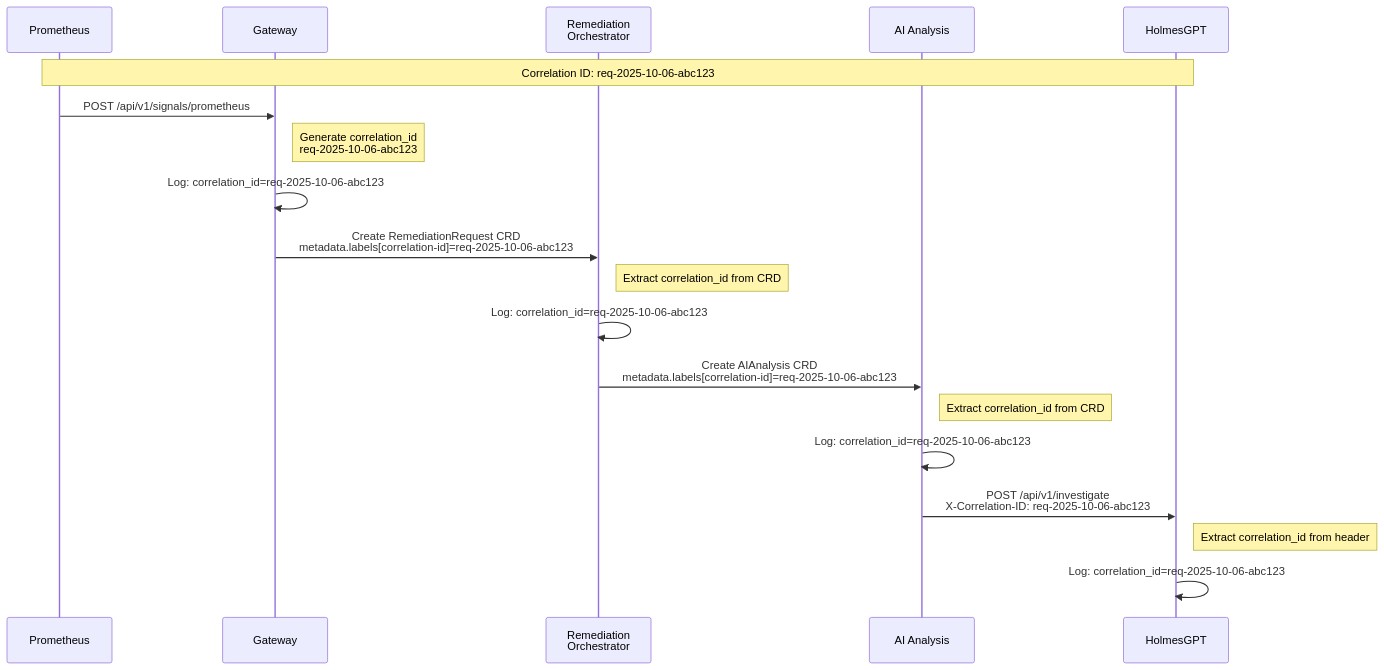
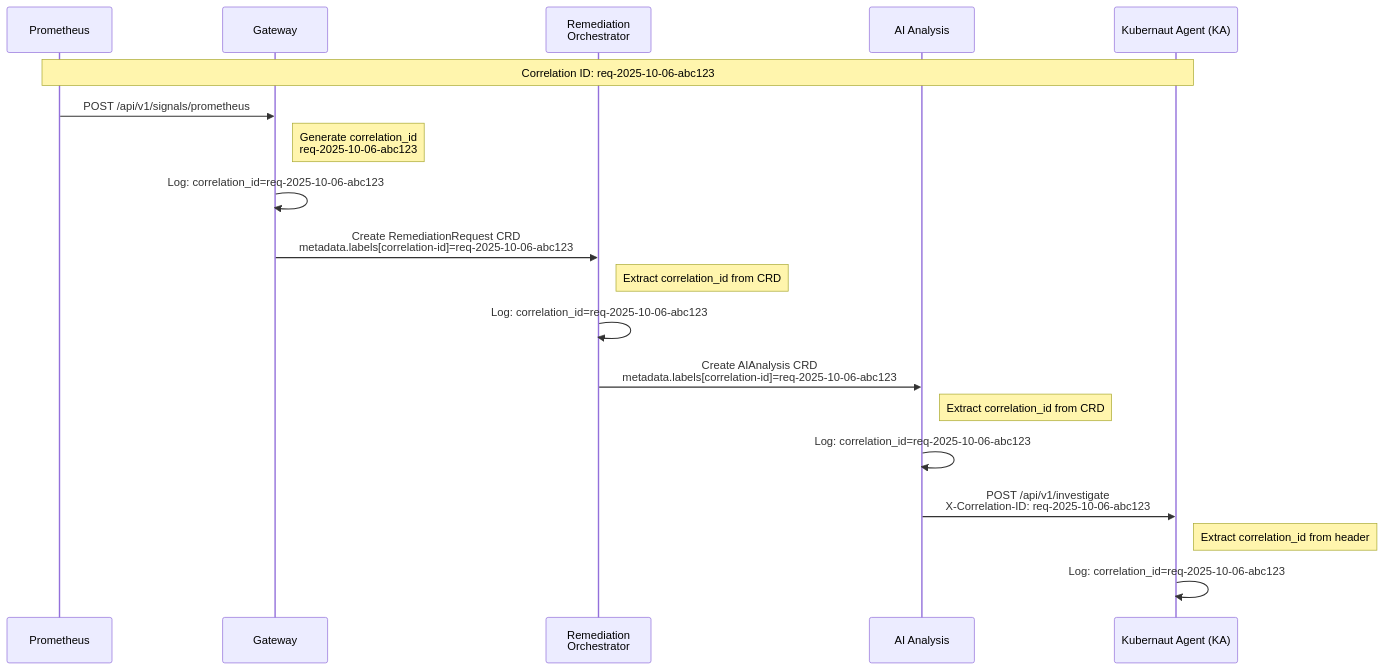
The diagram in docs/architecture/LOG_CORRELATION_ID_STANDARD.md (jordigilh/kubernaut), drawn with Mermaid before and after one commit. The commit also changed other lines of this file and 36 other files, not shown here.

````diff
--- a/docs/architecture/LOG_CORRELATION_ID_STANDARD.md
+++ b/docs/architecture/LOG_CORRELATION_ID_STANDARD.md
@@ -37,26 +37,26 @@
 ```mermaid
 sequenceDiagram
     participant Prometheus
     participant Gateway
     participant RO as Remediation<br/>Orchestrator
     participant AI as AI Analysis
-    participant HG as HolmesGPT
+    participant HG as Kubernaut Agent (KA)
 
     Note over Prometheus,HG: Correlation ID: req-2025-10-06-abc123
 
     Prometheus->>Gateway: POST /api/v1/signals/prometheus
     Note right of Gateway: Generate correlation_id<br/>req-2025-10-06-abc123
     Gateway->>Gateway: Log: correlation_id=req-2025-10-06-abc123
 
     Gateway->>RO: Create RemediationRequest CRD<br/>metadata.labels[correlation-id]=req-2025-10-06-abc123
     Note right of RO: Extract correlation_id from CRD
     RO->>RO: Log: correlation_id=req-2025-10-06-abc123
 
     RO->>AI: Create AIAnalysis CRD<br/>metadata.labels[correlation-id]=req-2025-10-06-abc123
     Note right of AI: Extract correlation_id from CRD
     AI->>AI: Log: correlation_id=req-2025-10-06-abc123
 
     AI->>HG: POST /api/v1/investigate<br/>X-Correlation-ID: req-2025-10-06-abc123
     Note right of HG: Extract correlation_id from header
     HG->>HG: Log: correlation_id=req-2025-10-06-abc123
 ```
````
